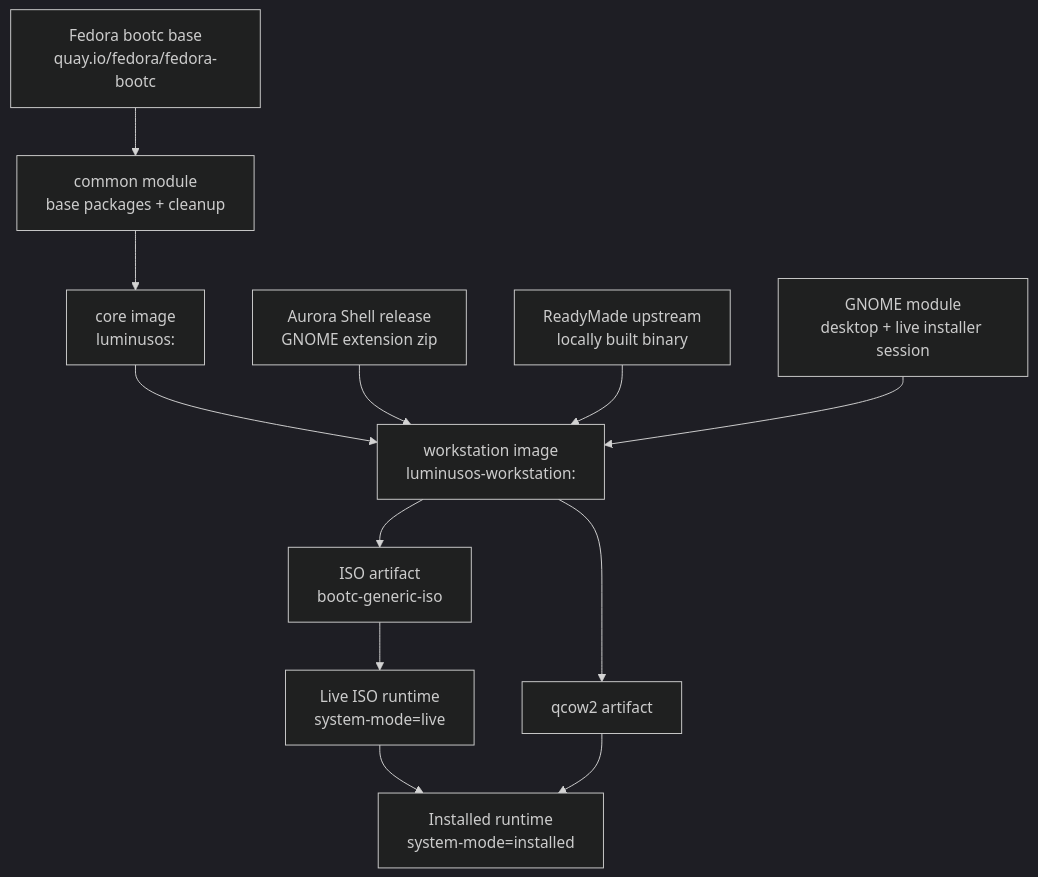
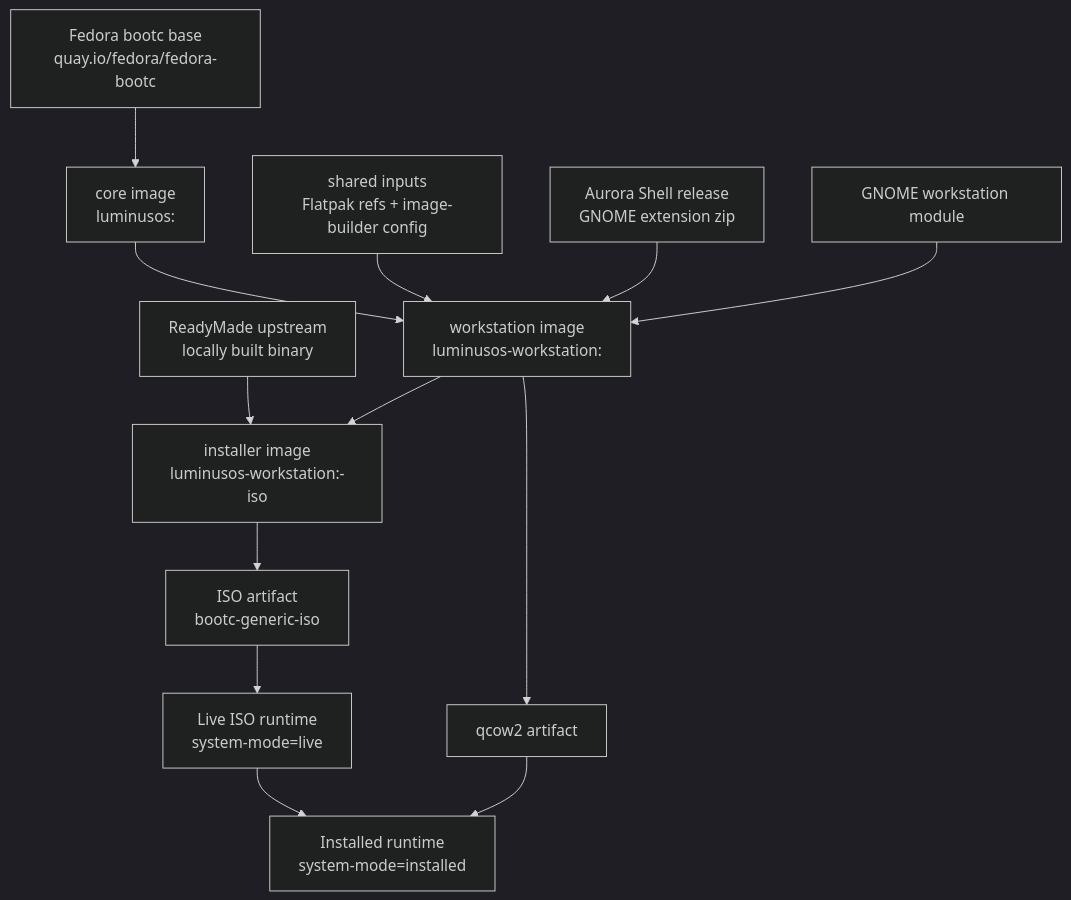
The first of 15 diagrams in ARCHITECTURE.md (luminusOS/images), drawn with Mermaid (dark theme) before and after one commit. The commit also changed other lines of this file and 34 other files, not shown here.

````diff
--- a/ARCHITECTURE.md
+++ b/ARCHITECTURE.md
@@ -26,22 +26,25 @@
 ```mermaid
 flowchart TD
     Fedora["Fedora bootc base<br/>quay.io/fedora/fedora-bootc"]
-    Common["common module<br/>base packages + cleanup"]
     Core["core image<br/>luminusos:<tag>"]
+    Shared["shared inputs<br/>Flatpak refs + image-builder config"]
     Aurora["Aurora Shell release<br/>GNOME extension zip"]
     ReadyMade["ReadyMade upstream<br/>locally built binary"]
-    Gnome["GNOME module<br/>desktop + live installer session"]
+    Gnome["GNOME workstation module"]
     Workstation["workstation image<br/>luminusos-workstation:<tag>"]
+    Installer["installer image<br/>luminusos-workstation:<tag>-iso"]
     ISO["ISO artifact<br/>bootc-generic-iso"]
     QCOW2["qcow2 artifact"]
     Live["Live ISO runtime<br/>system-mode=live"]
     Installed["Installed runtime<br/>system-mode=installed"]
 
-    Fedora --> Common --> Core
+    Fedora --> Core
     Core --> Workstation
+    Shared --> Workstation
     Aurora --> Workstation
-    ReadyMade --> Workstation
     Gnome --> Workstation
-    Workstation --> ISO --> Live --> Installed
+    Workstation --> Installer
+    ReadyMade --> Installer
+    Installer --> ISO --> Live --> Installed
     Workstation --> QCOW2 --> Installed
 ```
````
